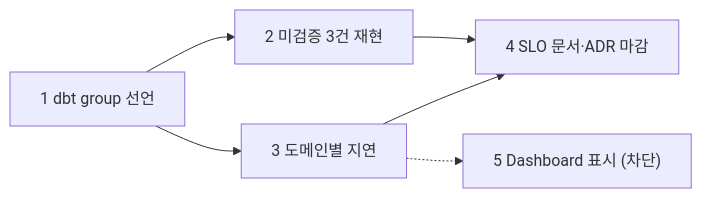
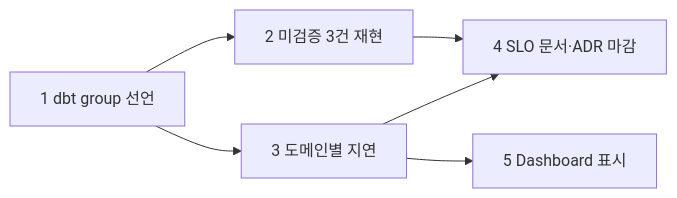
Before and after one commit to khangte/commerce-data-platform: the diagram in docs/superpowers/plans/2026-11-11-publish-gate-domain-boundary.md, drawn with Mermaid. The commit also changed other lines of this file and 9 other files, not shown here.

````diff
--- a/docs/superpowers/plans/2026-11-11-publish-gate-domain-boundary.md
+++ b/docs/superpowers/plans/2026-11-11-publish-gate-domain-boundary.md
@@ -61,8 +61,8 @@
 ```mermaid
 graph LR
   P1["1 dbt group 선언"] --> P2["2 미검증 3건 재현"]
   P1 --> P3["3 도메인별 지연"]
   P2 --> P4["4 SLO 문서·ADR 마감"]
   P3 --> P4
-  P3 -.-> P5["5 Dashboard 표시 (차단)"]
+  P3 --> P5["5 Dashboard 표시"]
 ```
````
